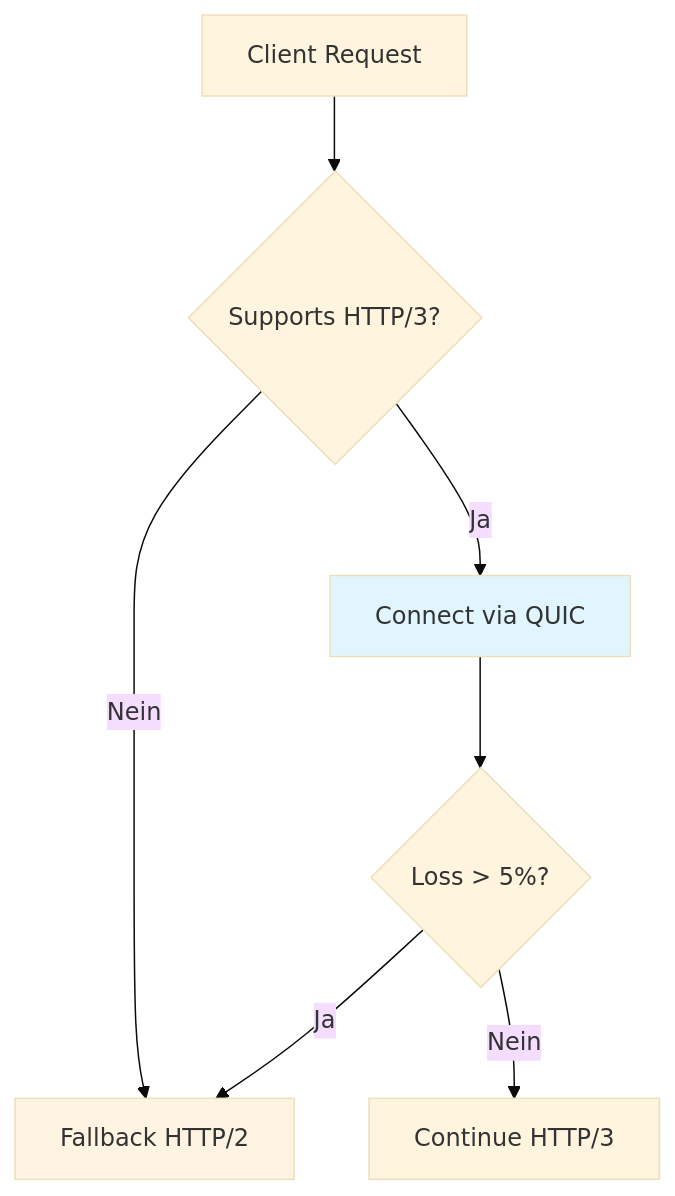
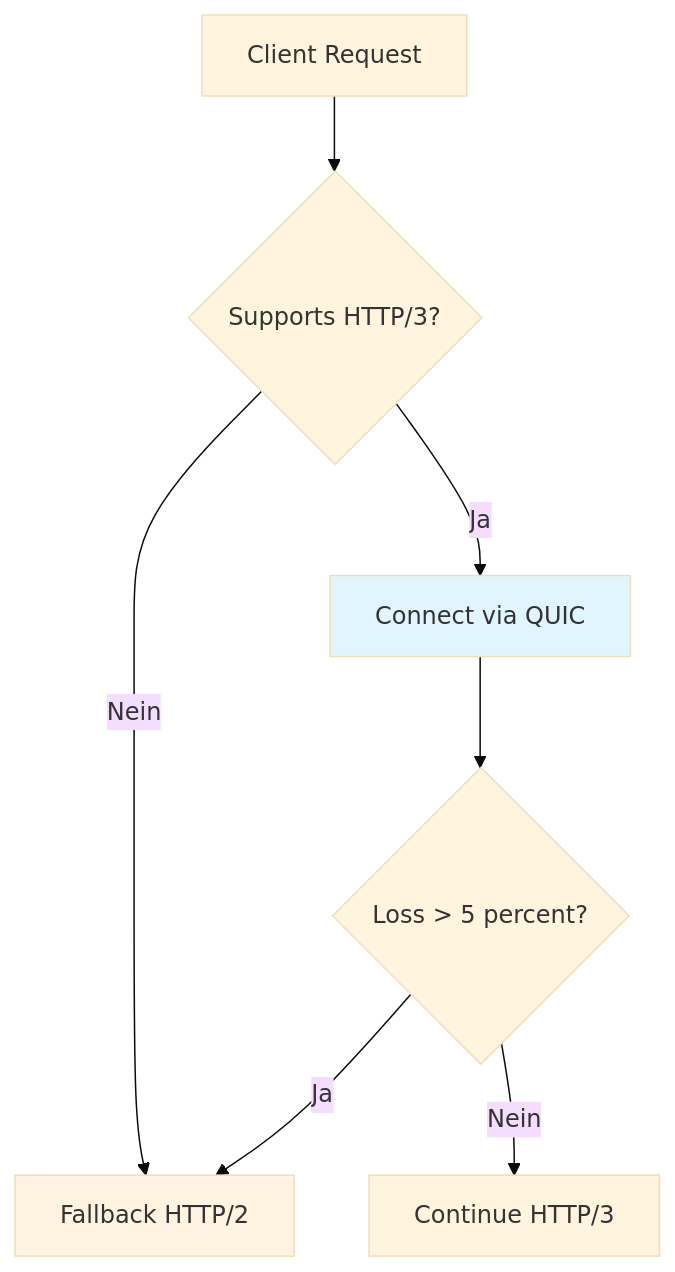
Before and after one commit to makr-code/ThemisDB: the second of 2 diagrams in compendium/chapter_31_api_protocols.md, drawn with Mermaid (base theme). The commit also changed 19 other files, not shown here.

First line of the commit message:
Refactor Mermaid syntax and improve documentation consistency across chapters

````diff
--- a/compendium/chapter_31_api_protocols.md
+++ b/compendium/chapter_31_api_protocols.md
@@ -85,11 +85,11 @@
 ```mermaid
 flowchart TD
     A[Client Request] --> B{Supports HTTP/3?}
     B -->|Ja| C[Connect via QUIC]
     B -->|Nein| D[Fallback HTTP/2]
-    C --> E{Loss > 5%?}
+    C --> E{Loss > 5 percent?}
     E -->|Ja| D
     E -->|Nein| F[Continue HTTP/3]
     style C fill:#e1f5ff
     style D fill:#fff4e1
 ```
````
